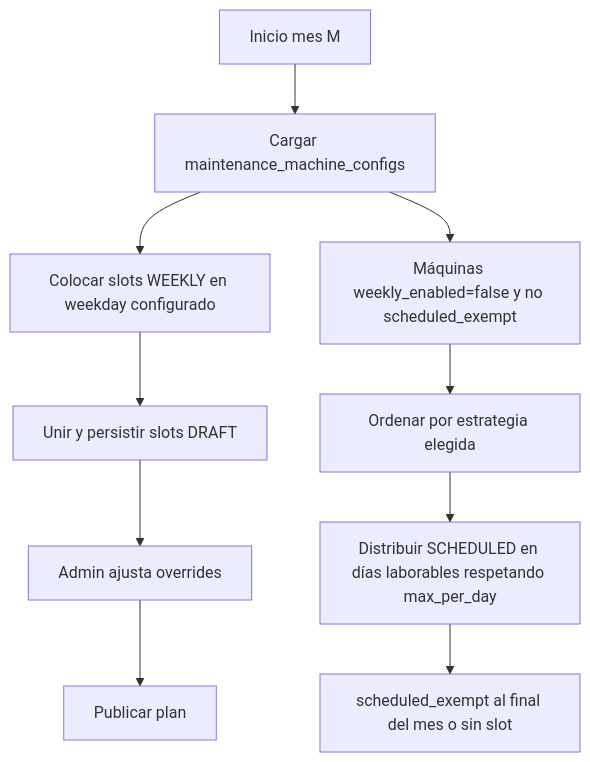
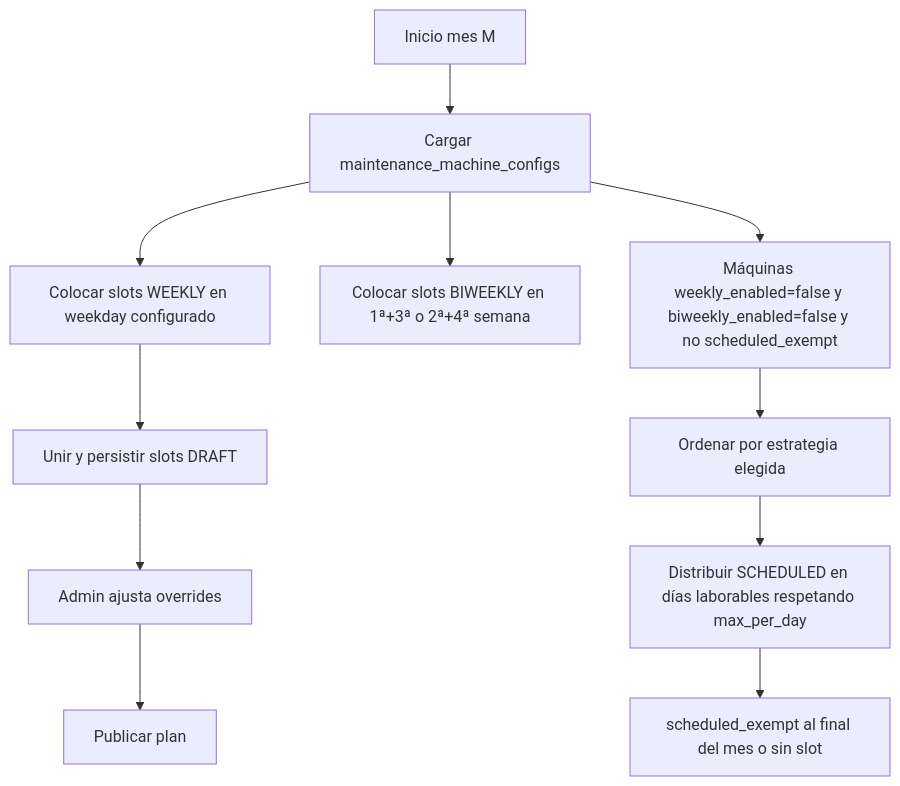
The second of 3 diagrams in .cursor/plans/cronograma_mantenimiento_0bbcb9f7.plan.md (KevinAlejandroParra/GB_Alist_Andino), drawn with Mermaid before and after one commit. The commit also changed other lines of this file and 11 other files, not shown here.

````diff
--- a/.cursor/plans/cronograma_mantenimiento_0bbcb9f7.plan.md
+++ b/.cursor/plans/cronograma_mantenimiento_0bbcb9f7.plan.md
@@ -205,12 +213,13 @@
 ```mermaid
 flowchart TD
   start[Inicio mes M] --> loadCfg[Cargar maintenance_machine_configs]
   loadCfg --> weekly[Colocar slots WEEKLY en weekday configurado]
-  loadCfg --> pool[Máquinas weekly_enabled=false y no scheduled_exempt]
+  loadCfg --> biweekly[Colocar slots BIWEEKLY en 1ª+3ª o 2ª+4ª semana]
+  loadCfg --> pool[Máquinas weekly_enabled=false y biweekly_enabled=false y no scheduled_exempt]
   pool --> rank[Ordenar por estrategia elegida]
   rank --> distribute[Distribuir SCHEDULED en días laborables respetando max_per_day]
   distribute --> exempt[scheduled_exempt al final del mes o sin slot]
   weekly --> merge[Unir y persistir slots DRAFT]
   merge --> adminEdit[Admin ajusta overrides]
   adminEdit --> publish[Publicar plan]
 ```
````
